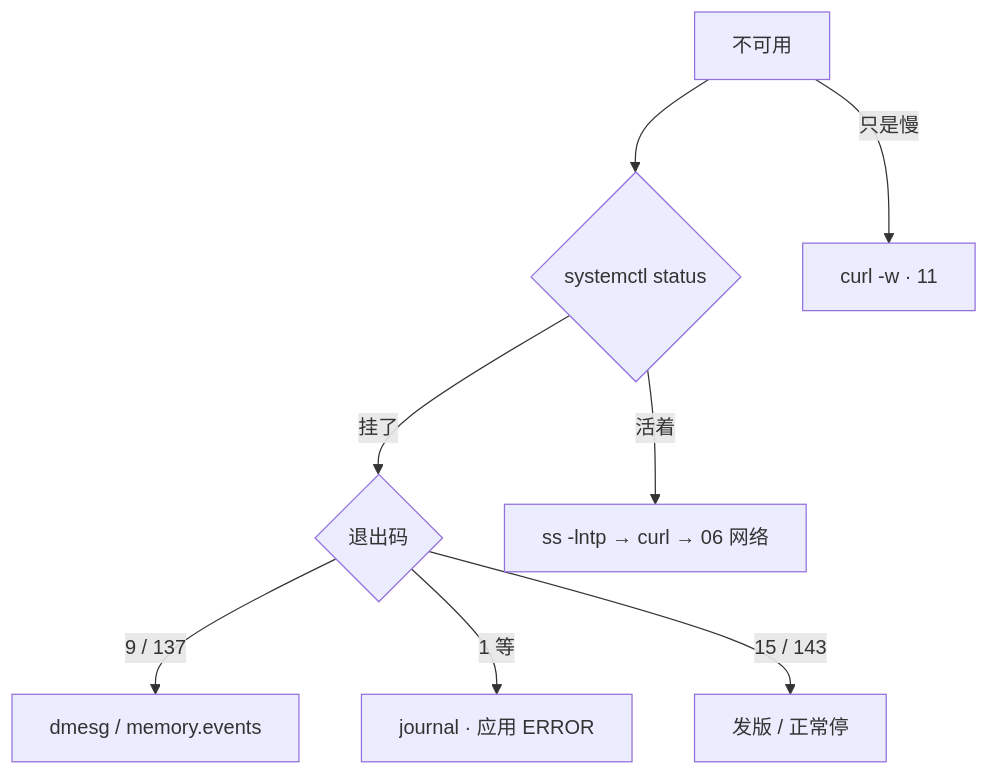
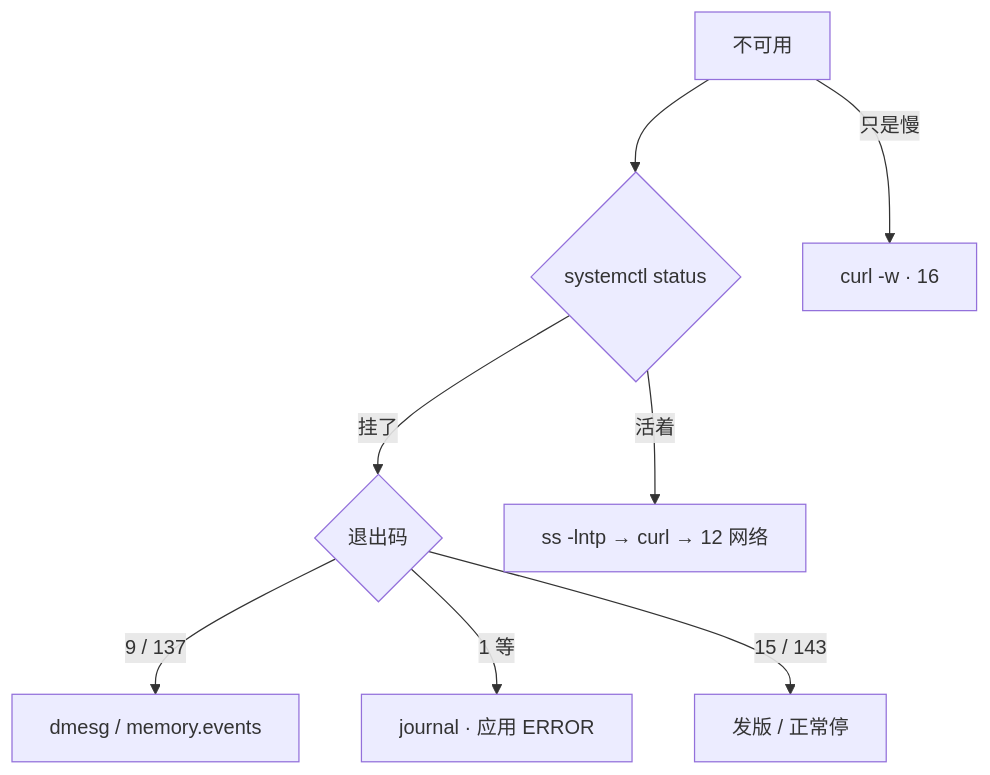
Before and after one commit to ml-cuizijun/LearnToLilith: the fifth of 12 diagrams in 01-基础底座/04-内核与系统/知识点.md, drawn with Mermaid. The commit also changed other lines of this file and 56 other files, not shown here.

````diff
--- a/01-基础底座/04-内核与系统/知识点.md
+++ b/01-基础底座/04-内核与系统/知识点.md
@@ -426,10 +426,10 @@
 ```mermaid
 flowchart TB
     A[不可用] --> B{systemctl status}
     B -->|挂了| C{退出码}
     C -->|9 / 137| D[dmesg / memory.events]
     C -->|1 等| E[journal · 应用 ERROR]
     C -->|15 / 143| F[发版 / 正常停]
-    B -->|活着| G[ss -lntp → curl → 06 网络]
-    A -->|只是慢| H[curl -w · 11]
+    B -->|活着| G[ss -lntp → curl → 12 网络]
+    A -->|只是慢| H[curl -w · 16]
 ```
````
